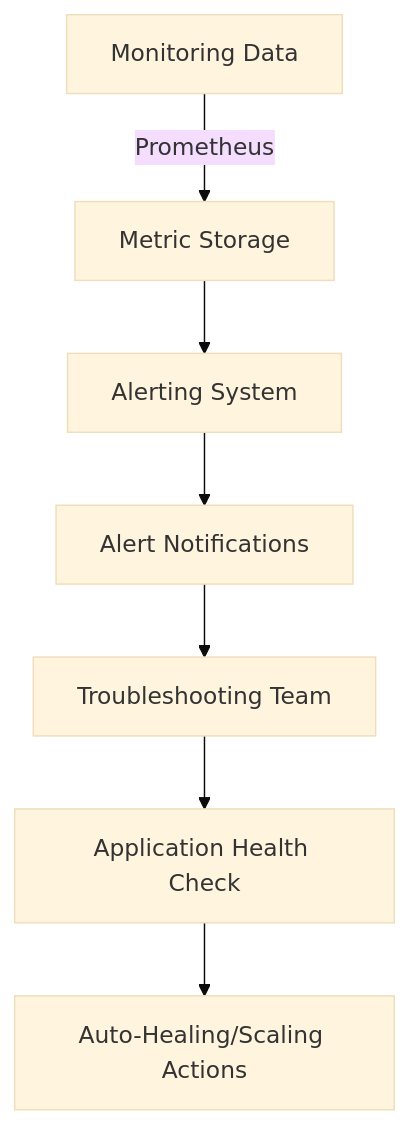
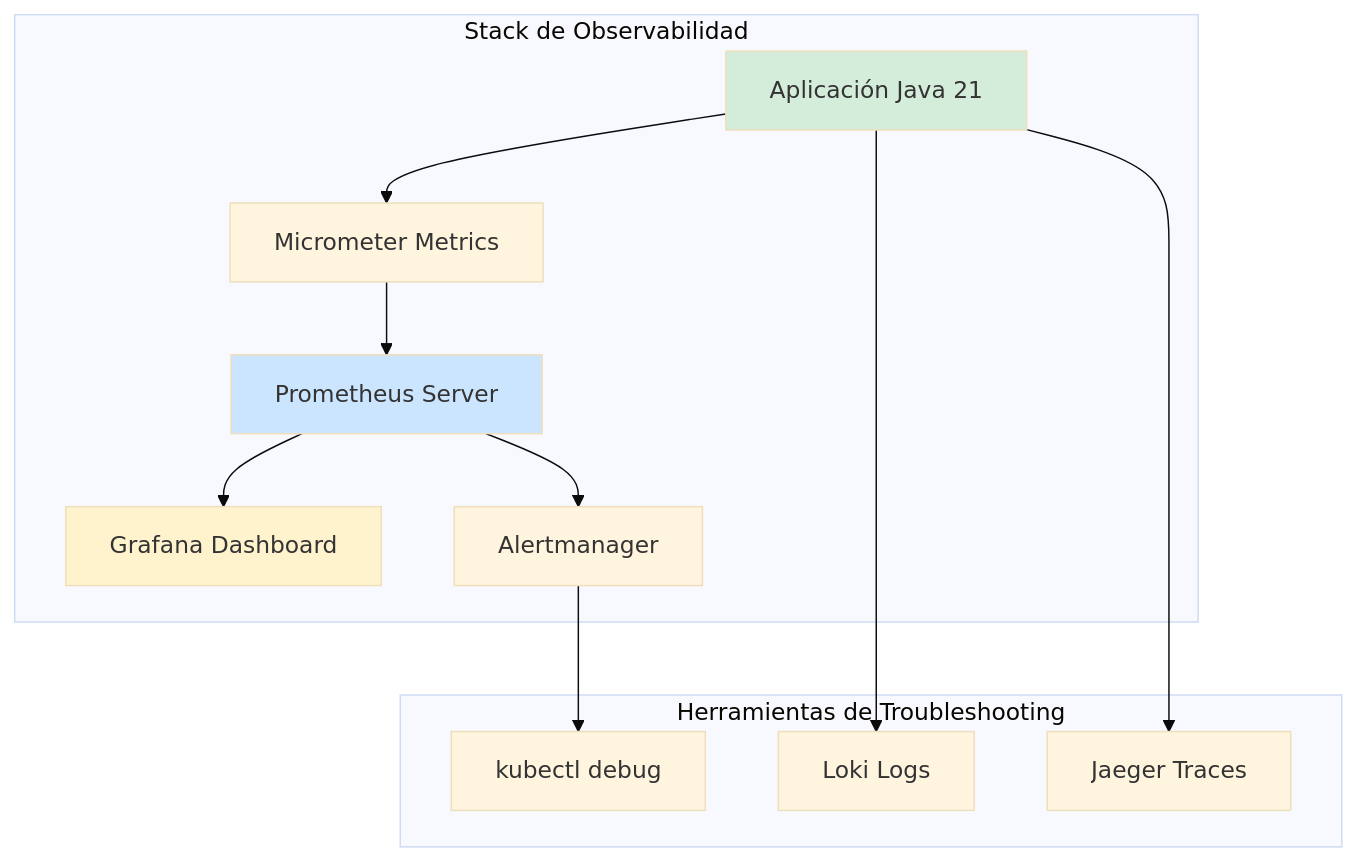
Before and after one commit to Joaquinriosheredia/DAM-Java-Mastery: the first of 3 diagrams in _Review/kubernetes_troubleshooting_en_produccion/kubernetes_troubleshooting_en_produccion.md, drawn with Mermaid (base theme). The commit also changed other lines of this file, not shown here.

Commit message:
kubernetes_troubleshooting_en_produccion.md

````diff
--- a/_Review/kubernetes_troubleshooting_en_produccion/kubernetes_troubleshooting_en_produccion.md
+++ b/_Review/kubernetes_troubleshooting_en_produccion/kubernetes_troubleshooting_en_produccion.md
@@ -431,9 +66,28 @@
 ```mermaid
 graph TD
-    A[Monitoring Data] -->|Prometheus| B[Metric Storage]
-    B --> C[Alerting System]
-    C --> D[Alert Notifications]
-    D --> E[Troubleshooting Team]
-    E --> F[Application Health Check]
-    F --> G[Auto-Healing/Scaling Actions]
+    subgraph "Stack de Observabilidad"
+        APP[Aplicación Java 21]
+        MET[Micrometer Metrics]
+        PROM[Prometheus Server]
+        GRAF[Grafana Dashboard]
+        ALERT[Alertmanager]
+    end
+    
+    subgraph "Herramientas de Troubleshooting"
+        LOGS[Loki Logs]
+        TRACES[Jaeger Traces]
+        KUBECTL[kubectl debug]
+    end
+    
+    APP --> MET
+    MET --> PROM
+    PROM --> GRAF
+    PROM --> ALERT
+    APP --> LOGS
+    APP --> TRACES
+    ALERT --> KUBECTL
+    
+    style APP fill:#d4edda
+    style PROM fill:#cce5ff
+    style GRAF fill:#fff3cd
 ```
````
